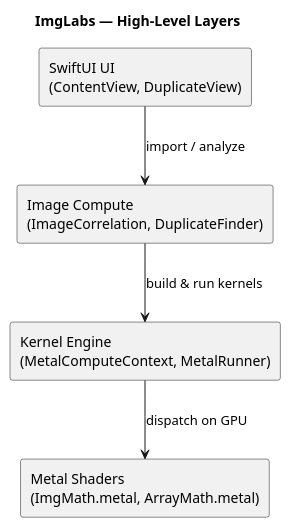
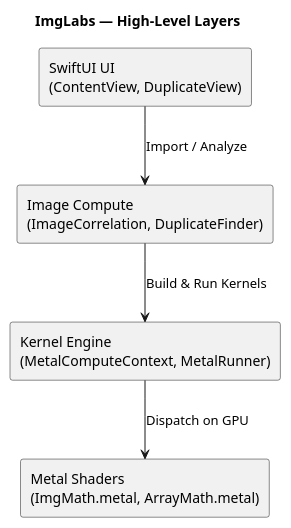
Before and after one commit to davislenover/ImgLabs: the diagram in ImgLabs/Diagrams/Architecture/layers.puml, drawn with PlantUML. The commit also changed 5 other files, not shown here.

```diff
--- a/ImgLabs/Diagrams/Architecture/layers.puml
+++ b/ImgLabs/Diagrams/Architecture/layers.puml
@@ -1,21 +1,21 @@
 @startuml
 
 ' High-level layering of ImgLabs: each layer depends only on the one beneath it
 ' UI drives image compute, which composes GPU work through the Kernel Engine,
 ' which ultimately dispatches the raw Metal shader functions
 
 title ImgLabs — High-Level Layers
 
 skinparam componentStyle rectangle
 skinparam shadowing false
 
 component "SwiftUI UI\n(ContentView, DuplicateView)" as UI
 component "Image Compute\n(ImageCorrelation, DuplicateFinder)" as Compute
 component "Kernel Engine\n(MetalComputeContext, MetalRunner)" as Engine
 component "Metal Shaders\n(ImgMath.metal, ArrayMath.metal)" as Shaders
 
-UI --> Compute : import / analyze
-Compute --> Engine : build & run kernels
-Engine --> Shaders : dispatch on GPU
+UI --> Compute : Import / Analyze
+Compute --> Engine : Build & Run Kernels
+Engine --> Shaders : Dispatch on GPU
 
 @enduml
```
